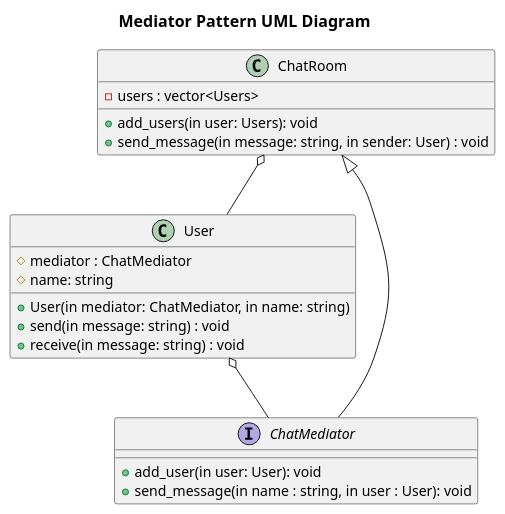
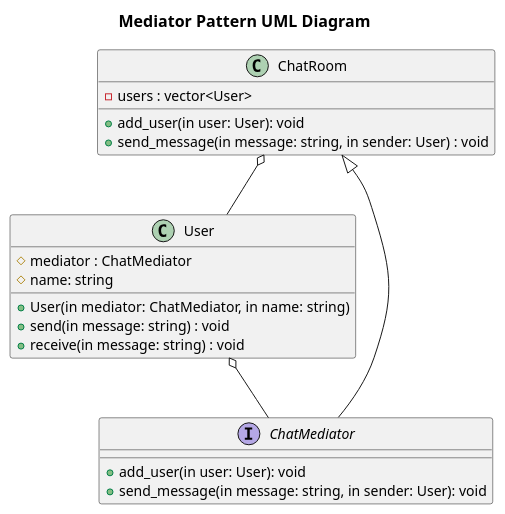
The diagram in Behavioral_Design_Pattern/Mediator/mediator.wsd (arghadeep25/Design-Patterns), drawn with PlantUML before and after one commit.

Commit message:
fix: mediator uml diagram updated

```diff
--- a/Behavioral_Design_Pattern/Mediator/mediator.wsd
+++ b/Behavioral_Design_Pattern/Mediator/mediator.wsd
@@ -1,30 +1,29 @@
 @startuml
 
 skinparam TitleFontSize 16
 title "Mediator Pattern UML Diagram"
 
-class User{
+class User {
     #mediator : ChatMediator
     #name: string
     +User(in mediator: ChatMediator, in name: string)
     +send(in message: string) : void
     +receive(in message: string) : void
 }
 
-interface ChatMediator{
+interface ChatMediator {
     +add_user(in user: User): void
-    +send_message(in name : string, in user : User): void
+    +send_message(in message: string, in sender: User): void
 }
 
-class ChatRoom{
-    -users : vector<Users>
-    +add_users(in user: Users): void
+class ChatRoom {
+    -users : vector<User>
+    +add_user(in user: User): void
     +send_message(in message: string, in sender: User) : void
 }
-
 
 User o-- ChatMediator
 ChatRoom o-- User
 ChatRoom <|-- ChatMediator
 
 @enduml
```
